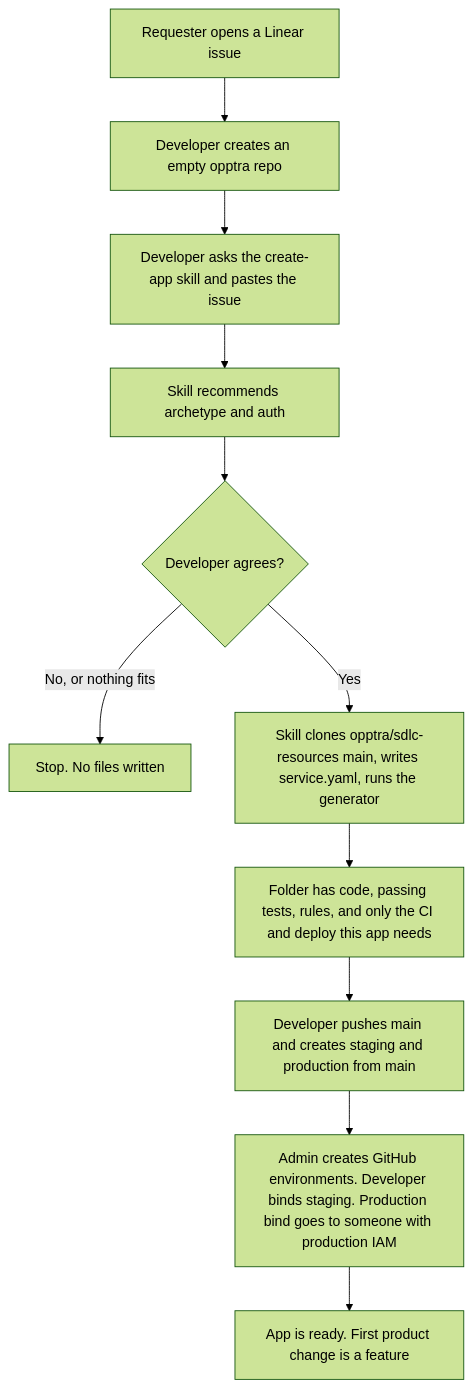
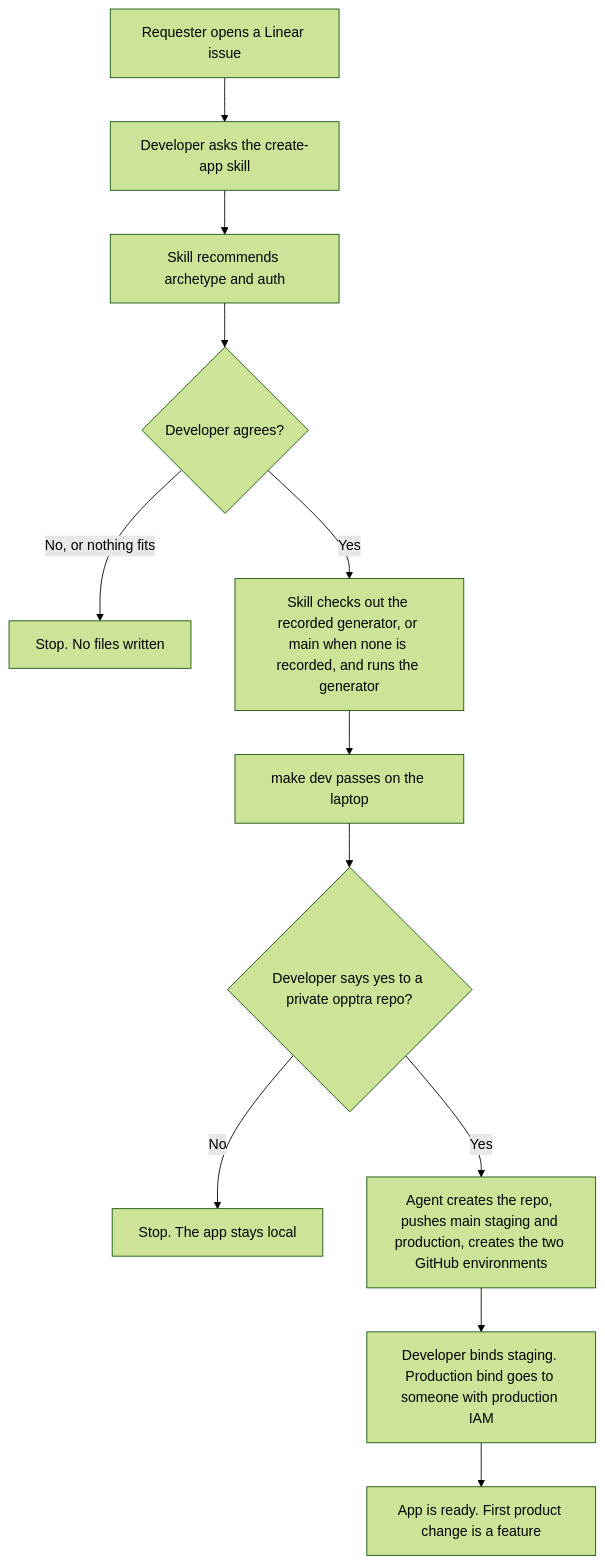
The first of 3 diagrams in docs/workflows.md (opptra/sdlc-resources), drawn with Mermaid (forest theme) before and after one commit. The commit also changed other lines of this file and 9 other files, not shown here.

````diff
--- a/docs/workflows.md
+++ b/docs/workflows.md
@@ -45,13 +46,14 @@
 ```mermaid
 flowchart TD
-  A[Requester opens a Linear issue] --> B[Developer creates an empty opptra repo]
-  B --> C[Developer asks the create-app skill and pastes the issue]
-  C --> D[Skill recommends archetype and auth]
-  D --> E{Developer agrees?}
-  E -->|No, or nothing fits| F[Stop. No files written]
-  E -->|Yes| G[Skill clones opptra/sdlc-resources main, writes service.yaml, runs the generator]
-  G --> H[Folder has code, passing tests, rules, and only the CI and deploy this app needs]
-  H --> I[Developer pushes main and creates staging and production from main]
-  I --> J[Admin creates GitHub environments. Developer binds staging. Production bind goes to someone with production IAM]
-  J --> K[App is ready. First product change is a feature]
+  A[Requester opens a Linear issue] --> B[Developer asks the create-app skill]
+  B --> C[Skill recommends archetype and auth]
+  C --> D{Developer agrees?}
+  D -->|No, or nothing fits| E[Stop. No files written]
+  D -->|Yes| F[Skill checks out the recorded generator, or main when none is recorded, and runs the generator]
+  F --> G[make dev passes on the laptop]
+  G --> H{Developer says yes to a private opptra repo?}
+  H -->|No| I[Stop. The app stays local]
+  H -->|Yes| J[Agent creates the repo, pushes main staging and production, creates the two GitHub environments]
+  J --> K[Developer binds staging. Production bind goes to someone with production IAM]
+  K --> L[App is ready. First product change is a feature]
 ```
````
